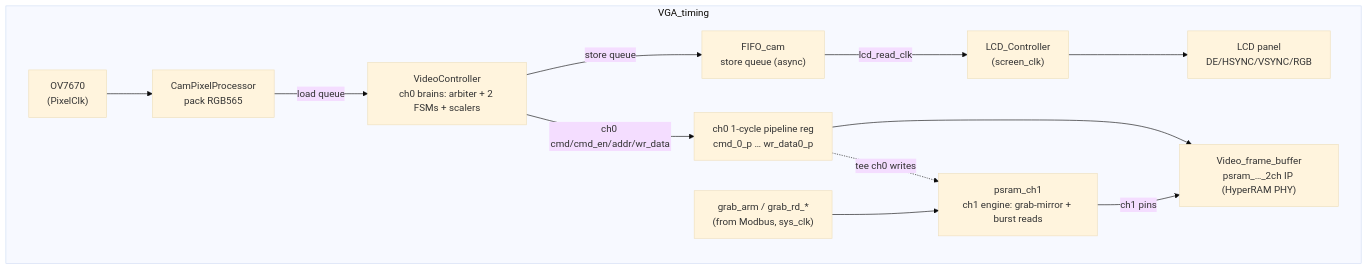
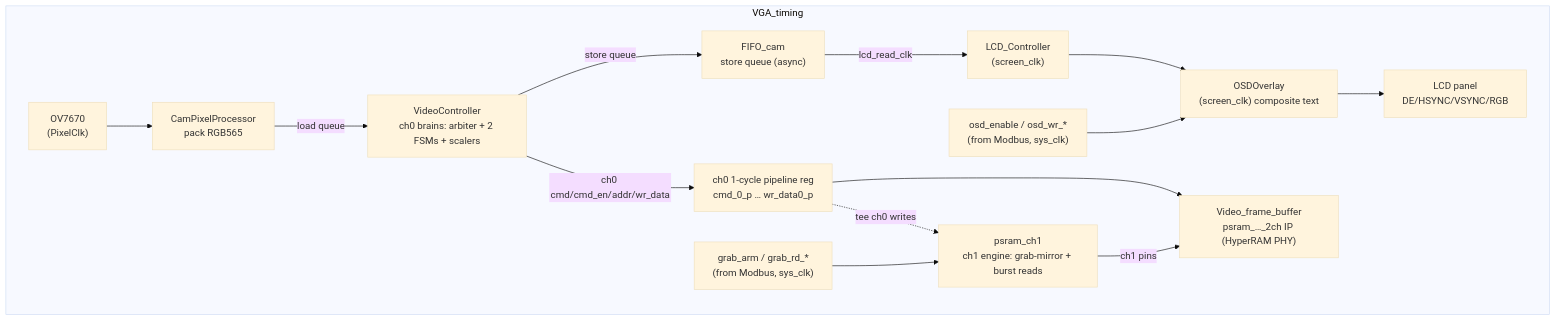
Before and after one commit to phoenix367/tang_nano_9K_ov7670: the first of 8 diagrams in doc/video_datapath.md, drawn with Mermaid (base theme). The commit also changed other lines of this file and 28 other files, not shown here.

````diff
--- a/doc/video_datapath.md
+++ b/doc/video_datapath.md
@@ -26,22 +26,25 @@
 ```mermaid
 flowchart TB
     OV["OV7670<br/>(PixelClk)"]
     CPP["CamPixelProcessor<br/>pack RGB565"]
     VC["VideoController<br/>ch0 brains: arbiter + 2 FSMs + scalers"]
     SF["FIFO_cam<br/>store queue (async)"]
     LCDC["LCD_Controller<br/>(screen_clk)"]
+    OSD["OSDOverlay<br/>(screen_clk) composite text"]
     LCD["LCD panel<br/>DE/HSYNC/VSYNC/RGB"]
     PIPE["ch0 1-cycle pipeline reg<br/>cmd_0_p … wr_data0_p"]
     PHY["Video_frame_buffer<br/>psram_…_2ch IP (HyperRAM PHY)"]
     CH1["psram_ch1<br/>ch1 engine: grab-mirror + burst reads"]
     MB["grab_arm / grab_rd_*<br/>(from Modbus, sys_clk)"]
+    OSDW["osd_enable / osd_wr_*<br/>(from Modbus, sys_clk)"]
 
     subgraph VGA_timing
         OV --> CPP -->|load queue| VC
-        VC -->|store queue| SF -->|lcd_read_clk| LCDC --> LCD
+        VC -->|store queue| SF -->|lcd_read_clk| LCDC --> OSD --> LCD
         VC -->|"ch0 cmd/cmd_en/addr/wr_data"| PIPE --> PHY
         PIPE -. tee ch0 writes .-> CH1
         MB --> CH1
         CH1 -->|ch1 pins| PHY
+        OSDW --> OSD
     end
 ```
````
